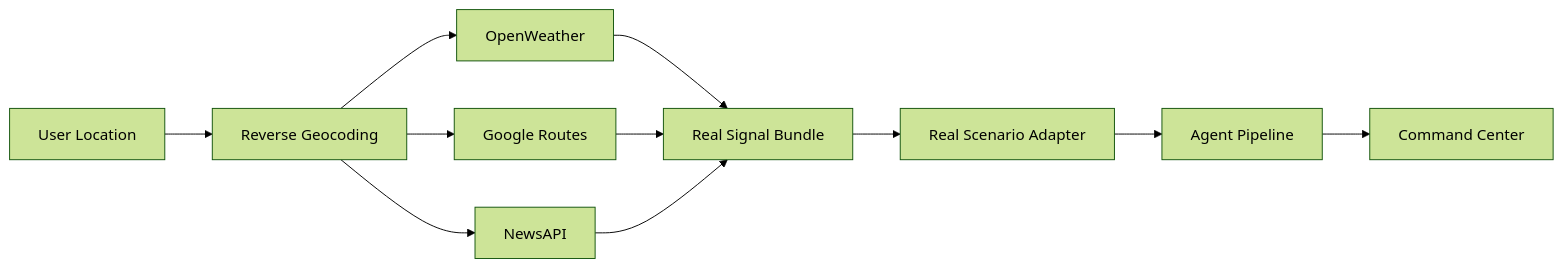
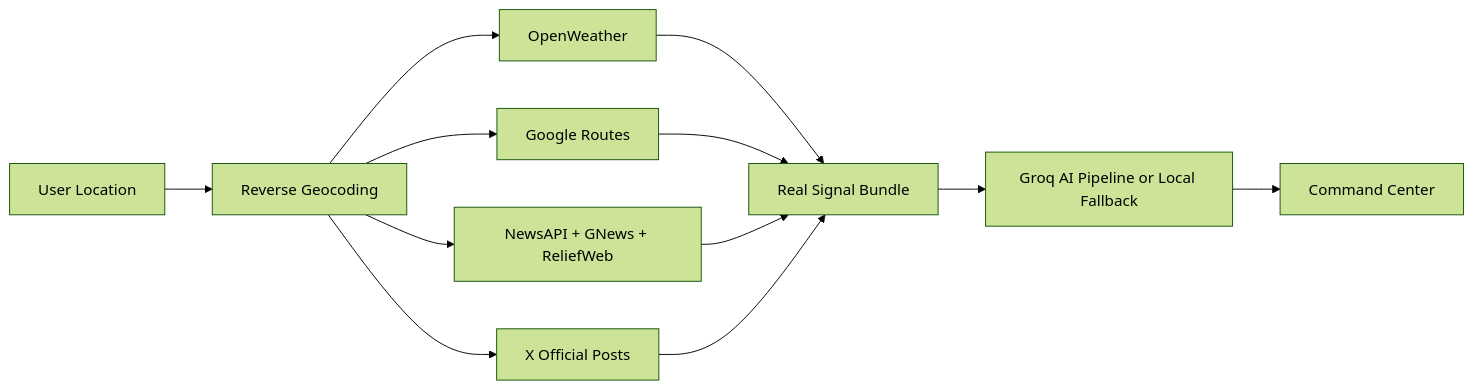
The second of 2 diagrams in README.md (i-anasop/CIRO), drawn with Mermaid (forest theme) before and after one commit. The commit also changed other lines of this file and 24 other files, not shown here.

````diff
--- a/README.md
+++ b/README.md
@@ -296,13 +341,14 @@
 ```mermaid
 flowchart LR
     A[User Location] --> B[Reverse Geocoding]
     B --> C[OpenWeather]
     B --> D[Google Routes]
-    B --> E[NewsAPI]
-    C --> F[Real Signal Bundle]
-    D --> F
-    E --> F
-    F --> G[Real Scenario Adapter]
-    G --> H[Agent Pipeline]
+    B --> E[NewsAPI + GNews + ReliefWeb]
+    B --> F[X Official Posts]
+    C --> G[Real Signal Bundle]
+    D --> G
+    E --> G
+    F --> G
+    G --> H[Groq AI Pipeline or Local Fallback]
     H --> I[Command Center]
 ```
````
